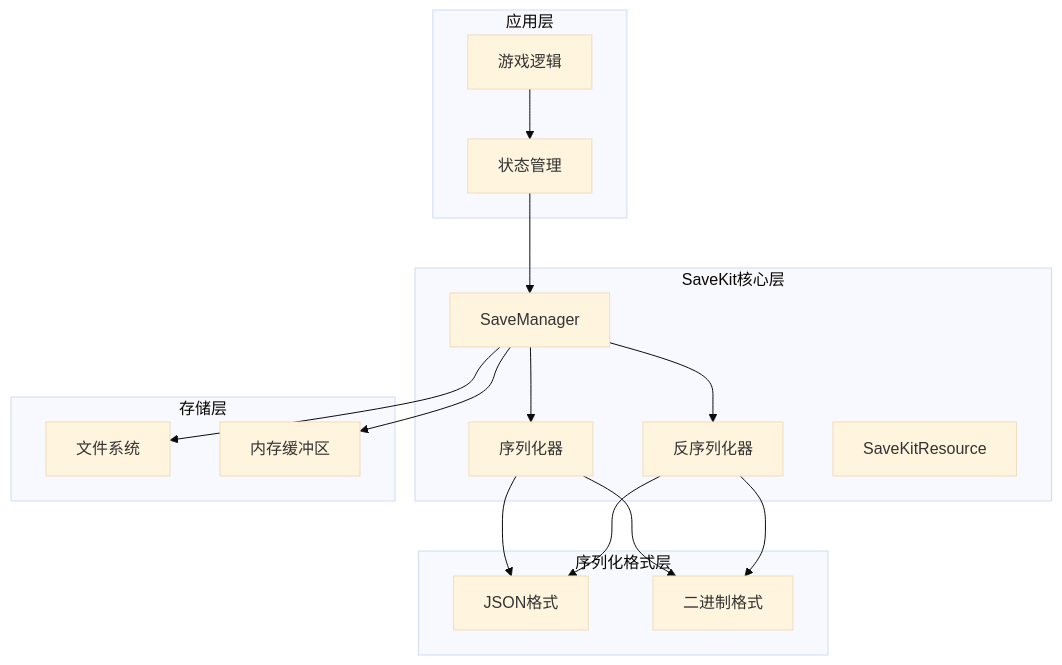
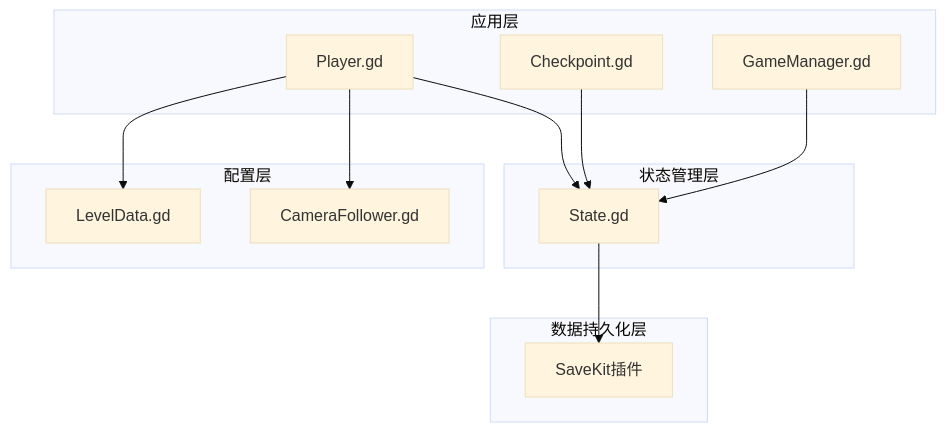
Before and after one commit to godotline/godot-line: the fifth of 11 diagrams in .qoder/repowiki/zh/content/API参考/核心类API/状态管理系统.md, drawn with Mermaid (base theme). The commit also changed other lines of this file and 34 other files, not shown here.

First line of the commit message:
refactor(Level): 重构状态管理模块，统一状态访问为LevelManager

````diff
--- a/.qoder/repowiki/zh/content/API参考/核心类API/状态管理系统.md
+++ b/.qoder/repowiki/zh/content/API参考/核心类API/状态管理系统.md
@@ -187,31 +189,24 @@
 ```mermaid
 graph TB
 subgraph "应用层"
-APP[游戏逻辑]
-STATE[状态管理]
+PLAYER[Player.gd]
+CHECKPOINT[Checkpoint.gd]
+GAME[GameManager.gd]
 end
-subgraph "SaveKit核心层"
-SM[SaveManager]
-SER[序列化器]
-DES[反序列化器]
-RES[SaveKitResource]
+subgraph "状态管理层"
+STATE[State.gd]
 end
-subgraph "序列化格式层"
-JSON[JSON格式]
-BIN[二进制格式]
+subgraph "数据持久化层"
+SAVEKIT[SaveKit插件]
 end
-subgraph "存储层"
-FS[文件系统]
-MEM[内存缓冲区]
+subgraph "配置层"
+LEVELDATA[LevelData.gd]
+CAMERA[CameraFollower.gd]
 end
-APP --> STATE
-STATE --> SM
-SM --> SER
-SM --> DES
-SER --> JSON
-SER --> BIN
-DES --> JSON
-DES --> BIN
-SM --> FS
-SM --> MEM
+PLAYER --> STATE
+CHECKPOINT --> STATE
+GAME --> STATE
+STATE --> SAVEKIT
+PLAYER --> LEVELDATA
+PLAYER --> CAMERA
 ```
````
